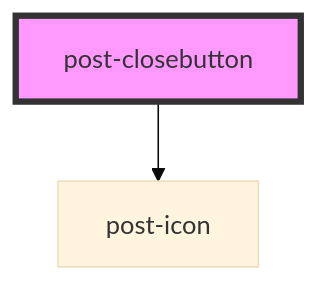
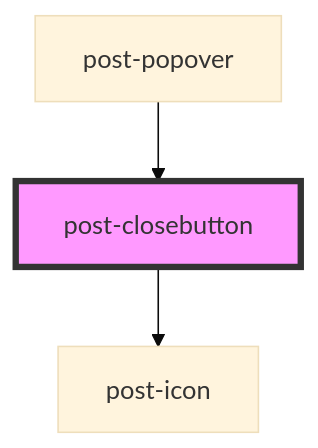
The diagram in packages/components/src/components/post-closebutton/readme.md (swisspost/design-system), drawn with Mermaid (base theme) before and after one commit. The commit also changed other lines of this file and 23 other files, not shown here.

Commit message:
chore(styles, components): replaced `.btn-close` with `post-closebutton`

````diff
--- a/packages/components/src/components/post-closebutton/readme.md
+++ b/packages/components/src/components/post-closebutton/readme.md
@@ -22,5 +33,6 @@
 ```mermaid
 graph TD;
   post-closebutton --> post-icon
+  post-popover --> post-closebutton
   style post-closebutton fill:#f9f,stroke:#333,stroke-width:4px
 ```
````
